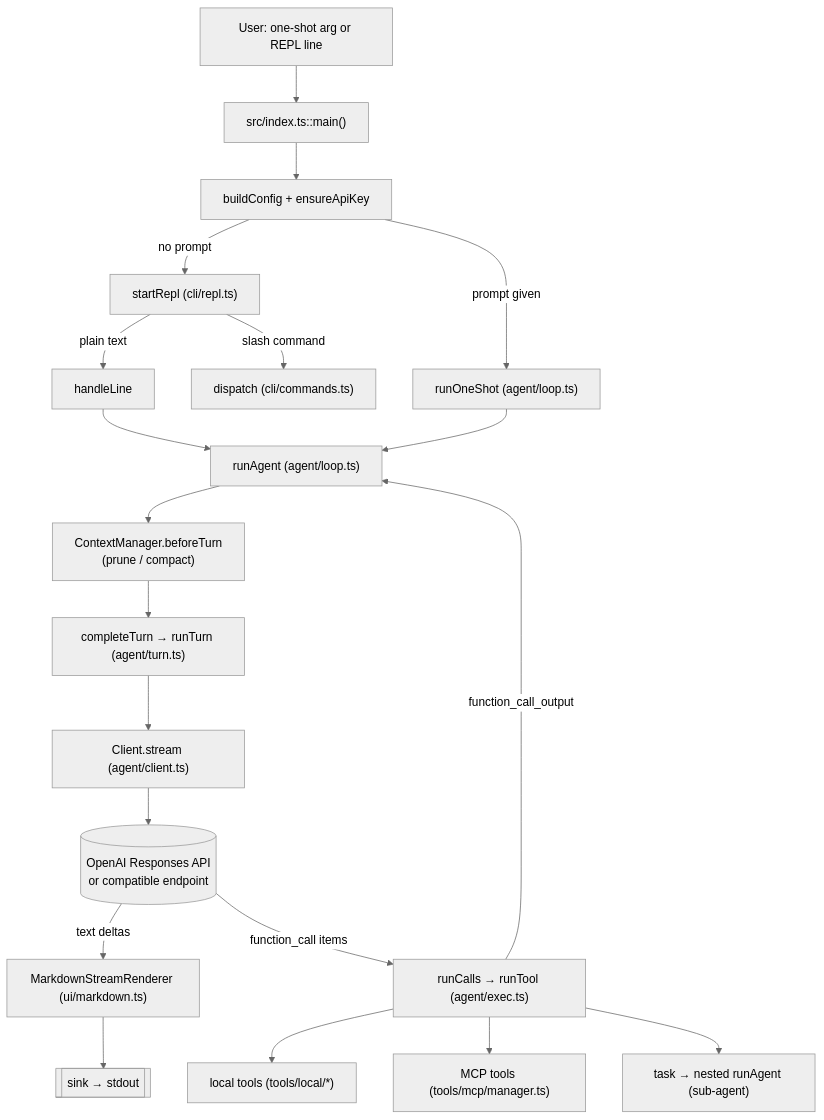
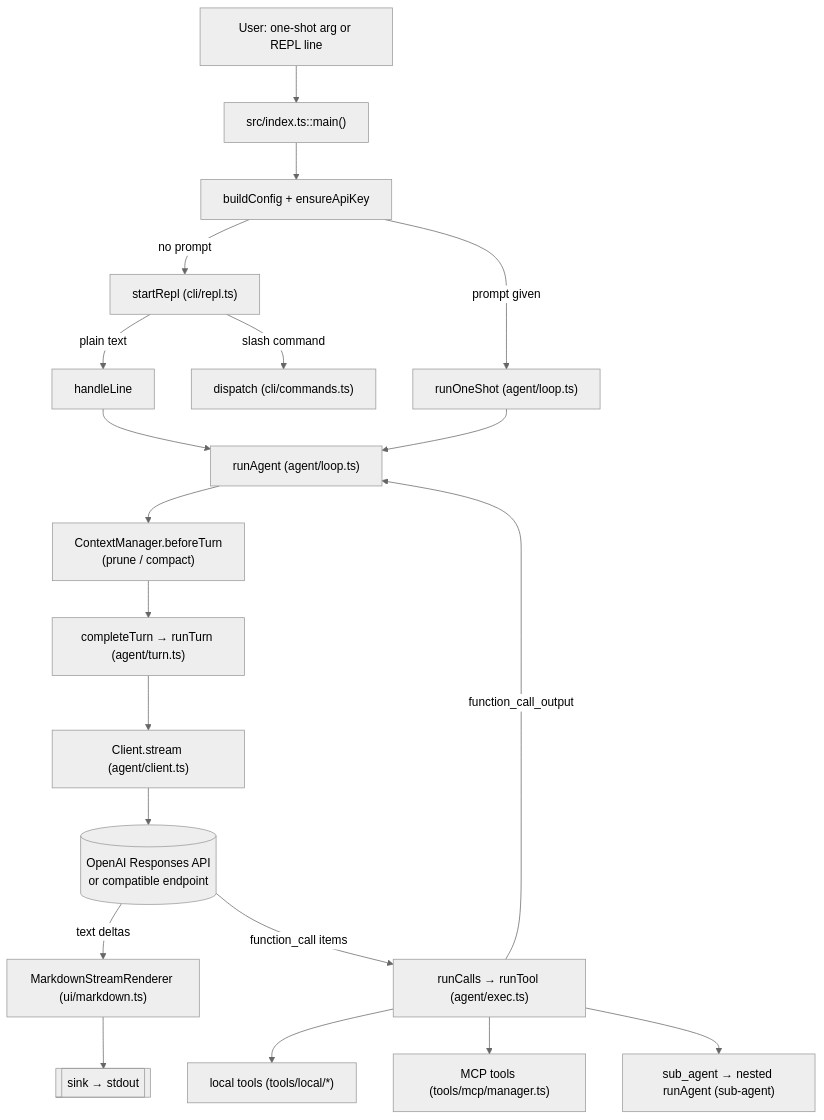
The first of 5 diagrams in ONBOARDING.md (qsrahman/dcode), drawn with Mermaid (neutral theme) before and after one commit. The commit also changed other lines of this file and 26 other files, not shown here.

````diff
--- a/ONBOARDING.md
+++ b/ONBOARDING.md
@@ -64,22 +64,22 @@
 ```mermaid
 flowchart TD
     U[User: one-shot arg or REPL line] --> M["src/index.ts::main()"]
     M --> CFG["buildConfig + ensureApiKey"]
     CFG -->|prompt given| OS["runOneShot (agent/loop.ts)"]
     CFG -->|no prompt| REPL["startRepl (cli/repl.ts)"]
     REPL -->|"slash command"| CMD["dispatch (cli/commands.ts)"]
     REPL -->|"plain text"| HL["handleLine"]
     HL --> RA
     OS --> RA["runAgent (agent/loop.ts)"]
     RA --> CM["ContextManager.beforeTurn<br/>(prune / compact)"]
     CM --> CT["completeTurn → runTurn (agent/turn.ts)"]
     CT --> CL["Client.stream (agent/client.ts)"]
     CL --> API[("OpenAI Responses API<br/>or compatible endpoint")]
     API -->|"text deltas"| MD["MarkdownStreamRenderer (ui/markdown.ts)"]
     MD --> OUT[["sink → stdout"]]
     API -->|"function_call items"| RC["runCalls → runTool (agent/exec.ts)"]
     RC --> T1["local tools (tools/local/*)"]
     RC --> T2["MCP tools (tools/mcp/manager.ts)"]
-    RC --> T3["task → nested runAgent (sub-agent)"]
+    RC --> T3["sub_agent → nested runAgent (sub-agent)"]
     RC -->|"function_call_output"| RA
 ```
````
